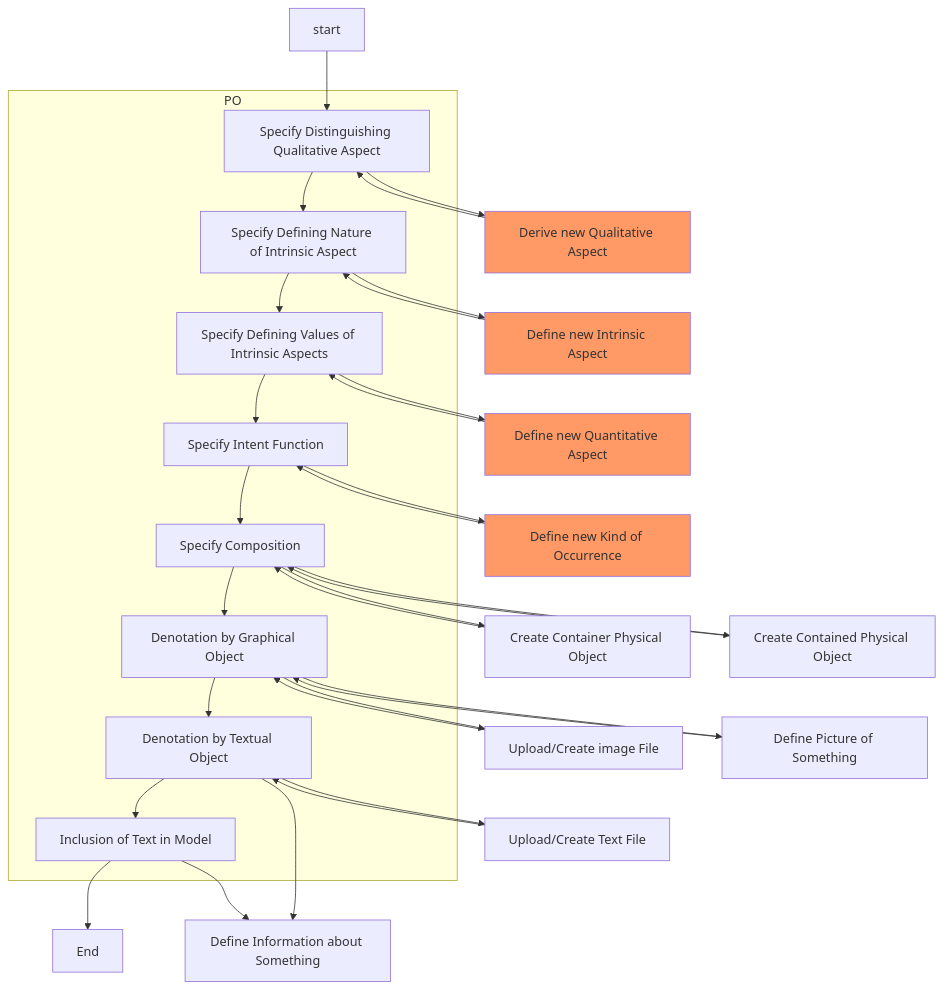
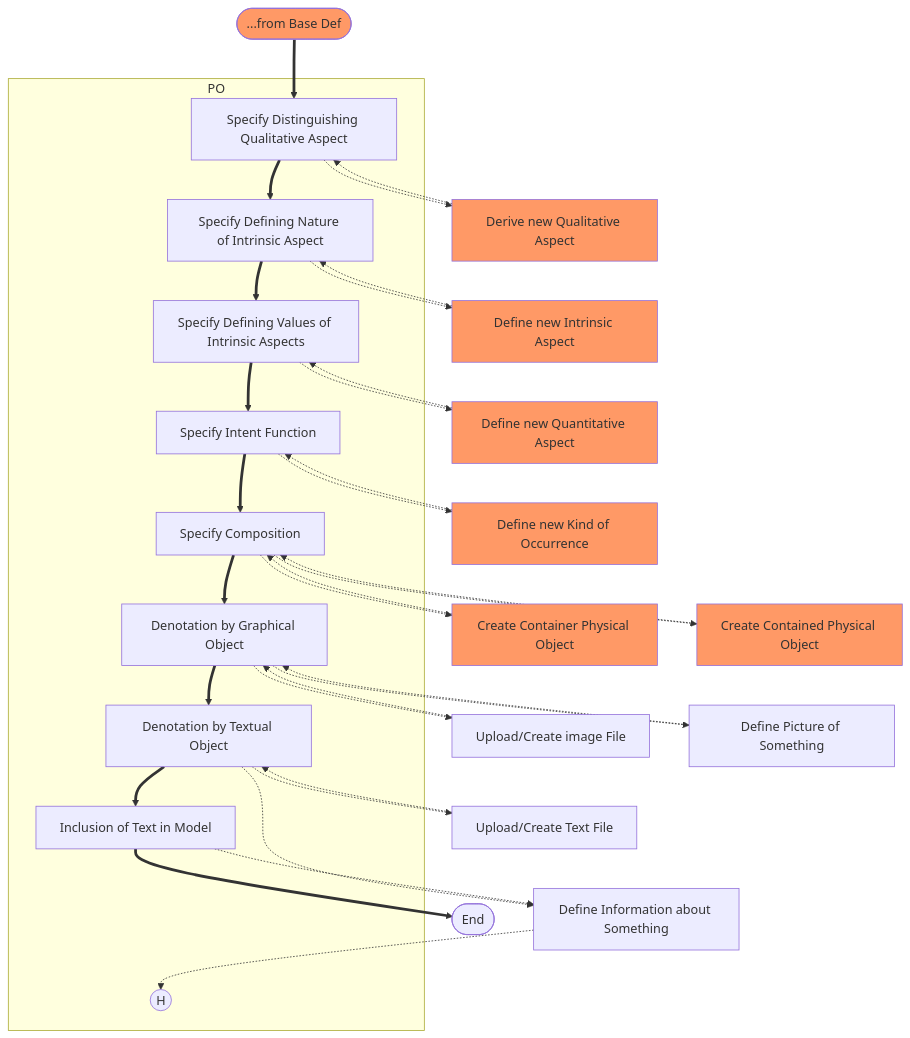
Before and after one commit to corpus-relica/corpus-relica.github.io: the diagram in docs/design/theory/quintessential-modelling/modelling-procedures/physical-object-definition-model.md, drawn with Mermaid. The commit also changed 5 other files, not shown here.

````diff
--- a/docs/design/theory/quintessential-modelling/modelling-procedures/physical-object-definition-model.md
+++ b/docs/design/theory/quintessential-modelling/modelling-procedures/physical-object-definition-model.md
@@ -3,61 +3,67 @@
 ```mermaid
 flowchart TB
+    S([...from Base Def])
     PO.SDQA[Specify Distinguishing Qualitative Aspect]
     DNQualA[Derive new Qualitative Aspect]
     PO.SDNIA[Specify Defining Nature of Intrinsic Aspect]
     DNIntrA[Define new Intrinsic Aspect]
     SDVIA[Specify Defining Values of Intrinsic Aspects]
     DNQuantA[Define new Quantitative Aspect]
     PO.SIF[Specify Intent Function]
     DNKO[Define new Kind of Occurrence]
     PO.SC[Specify Composition]
     CCrPO[Create Container Physical Object]
     CCdPO[Create Contained Physical Object]
     DGO[Denotation by Graphical Object]
     DGO_UCIF[Upload/Create image File]
     DGO_DPS[Define Picture of Something]
     PO.DTO[Denotation by Textual Object]
     DTO_UCTF[Upload/Create Text File]
     DTO_DIS[Define Information about Something]
     PO.ITM[Inclusion of Text in Model]
-    E[End]
+    E([End])
 
-    start --> PO.SDQA
+    S:::external ==> PO.SDQA
     subgraph PO
-        PO.SDQA --> PO.SDNIA
-        PO.SDNIA --> SDVIA
-        SDVIA --> PO.SIF
-        PO.SIF --> PO.SC
-        PO.SC --> DGO
-        DGO --> PO.DTO
-        PO.DTO --> PO.ITM
+        PO.SDQA ==> PO.SDNIA
+        PO.SDNIA ==> SDVIA
+        SDVIA ==> PO.SIF
+        PO.SIF ==> PO.SC
+        PO.SC ==> DGO
+        DGO ==> PO.DTO
+        PO.DTO ==> PO.ITM
+        HIST((H))
     end
-    PO.ITM --> E
-    PO.SDQA --> DNQualA
-    DNQualA:::external --> PO.SDQA
-    PO.SDNIA --> DNIntrA
-    DNIntrA:::external --> PO.SDNIA
-    SDVIA --> DNQuantA
-    DNQuantA:::external --> SDVIA
-    PO.SIF --> DNKO
-    DNKO:::external --> PO.SIF
-    PO.SC --> CCrPO
-    CCrPO --> PO.SC
-    PO.SC --> CCdPO
-    CCdPO --> PO.SC
-    DGO --> DGO_UCIF
-    DGO_UCIF --> DGO
-    DGO --> DGO_DPS
-    DGO_DPS --> DGO
-    PO.DTO --> DTO_UCTF
-    DTO_UCTF --> PO.DTO
-    PO.DTO --> DTO_DIS
-    PO.ITM --> DTO_DIS
+
+    PO.SDQA -.-> DNQualA
+    DNQualA:::external -.-> PO.SDQA
+    PO.SDNIA -.-> DNIntrA
+    DNIntrA:::external -.-> PO.SDNIA
+    SDVIA -.-> DNQuantA
+    DNQuantA:::external -.-> SDVIA
+    PO.SIF -.-> DNKO
+    DNKO:::external -.-> PO.SIF
+    PO.SC -.-> CCrPO
+    CCrPO:::external -.-> PO.SC
+    PO.SC -.-> CCdPO
+    CCdPO:::external -.-> PO.SC
+    DGO -.-> DGO_UCIF
+    DGO_UCIF -.-> DGO
+    DGO -.-> DGO_DPS
+    DGO_DPS -.-> DGO
+    PO.DTO -.-> DTO_UCTF
+    DTO_UCTF -.-> PO.DTO
+    PO.DTO -.-> DTO_DIS
+    PO.ITM -.-> DTO_DIS
+    DTO_DIS -.-> HIST
+
+    PO.ITM ==> E
 
     click DNQualA "/docs/design/theory/quintessential-modelling/modelling-procedures/aspect-definition-model" "This is a tooltip for a link"
     click DNIntrA "/docs/design/theory/quintessential-modelling/modelling-procedures/aspect-definition-model"
     click DNQuantA "/docs/design/theory/quintessential-modelling/modelling-procedures/aspect-definition-model"
     click DNKO "/docs/design/theory/quintessential-modelling/modelling-procedures/occurrence-definition-model"
+    click S "/docs/design/theory/quintessential-modelling/modelling-procedures/base-definition-model" "This is a tooltip for a link"
     
     classDef external fill:#f96
 ```
````
